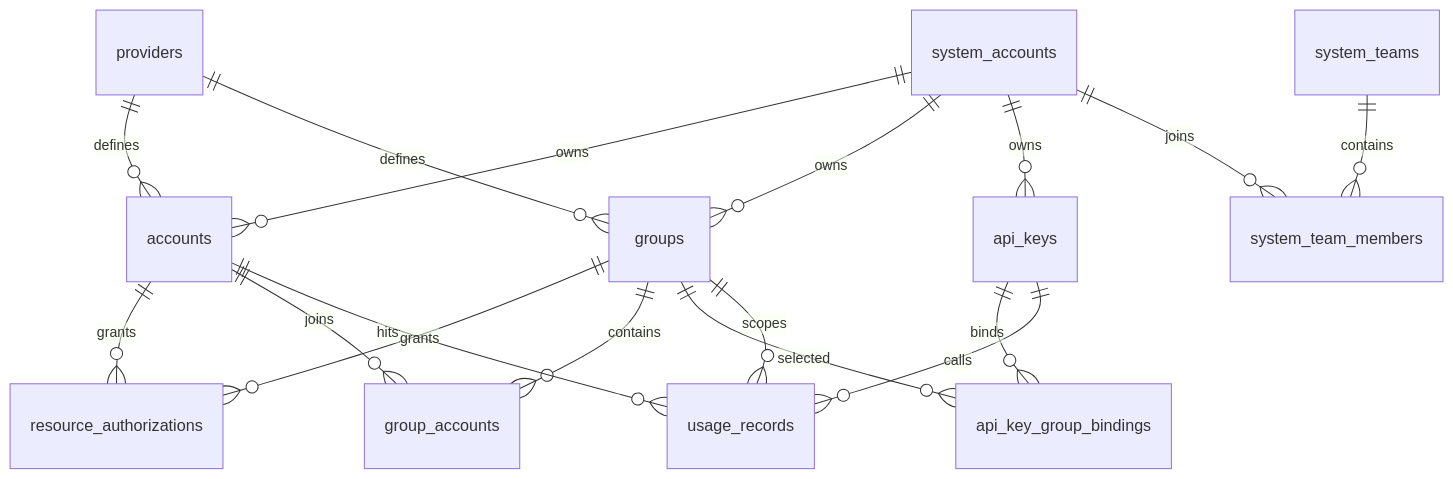
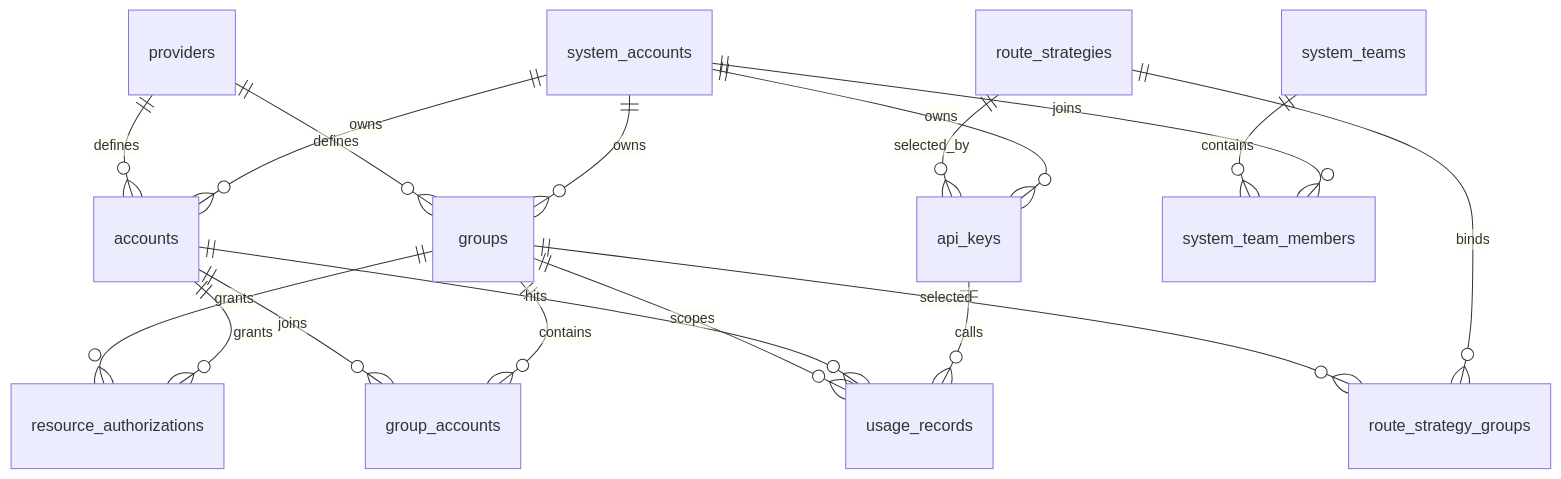
One commit to huanmin123/juhe-ai changed the third of 3 diagrams in docs/architecture/backend/README.md. Above: the diagram before and after it, drawn with Mermaid. The commit also changed other lines of this file and 182 other files, not shown here.

````diff
--- a/docs/architecture/backend/README.md
+++ b/docs/architecture/backend/README.md
@@ -197,19 +197,20 @@
 ```mermaid
 erDiagram
   system_accounts ||--o{ accounts : owns
   system_accounts ||--o{ groups : owns
   system_accounts ||--o{ api_keys : owns
   providers ||--o{ accounts : defines
   providers ||--o{ groups : defines
   system_accounts ||--o{ system_team_members : joins
   system_teams ||--o{ system_team_members : contains
   accounts ||--o{ resource_authorizations : grants
   groups ||--o{ resource_authorizations : grants
   groups ||--o{ group_accounts : contains
   accounts ||--o{ group_accounts : joins
-  api_keys ||--o{ api_key_group_bindings : binds
-  groups ||--o{ api_key_group_bindings : selected
+  route_strategies ||--o{ api_keys : selected_by
+  route_strategies ||--o{ route_strategy_groups : binds
+  groups ||--o{ route_strategy_groups : selected
   api_keys ||--o{ usage_records : calls
   accounts ||--o{ usage_records : hits
   groups ||--o{ usage_records : scopes
 ```
````
